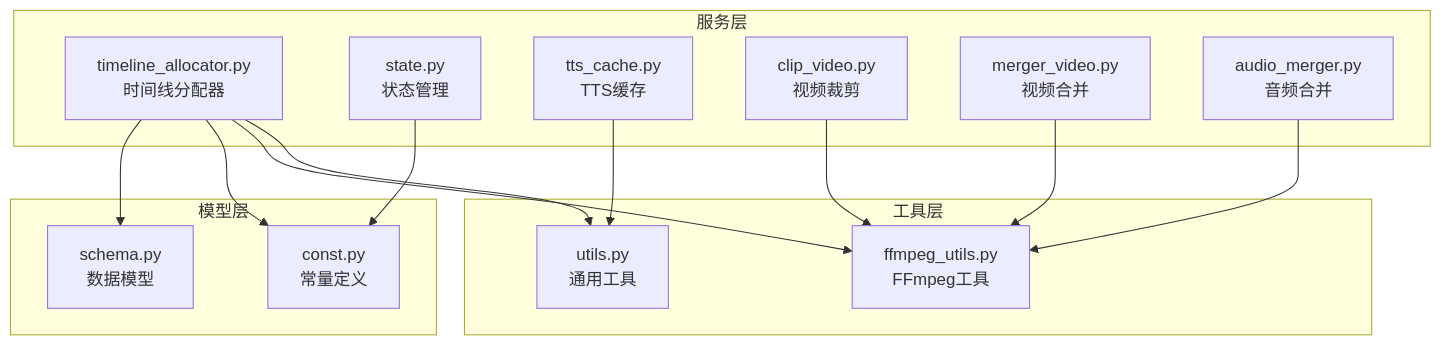
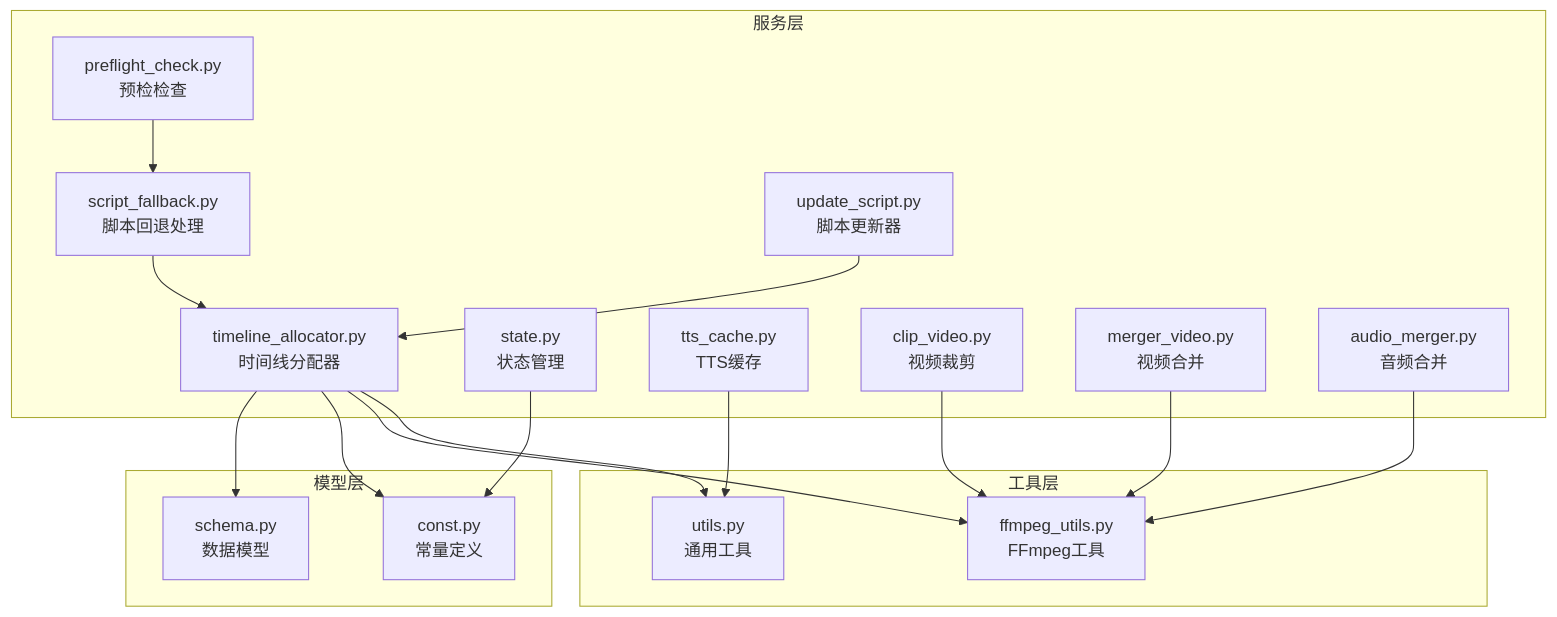
The first of 12 diagrams in .qoder/repowiki/zh/content/核心功能/视频处理服务/时间线分配器.md (wowoduang/AIVideoClaude), drawn with Mermaid before and after one commit. The commit also changed other lines of this file and 26 other files, not shown here.

````diff
--- a/.qoder/repowiki/zh/content/核心功能/视频处理服务/时间线分配器.md
+++ b/.qoder/repowiki/zh/content/核心功能/视频处理服务/时间线分配器.md
@@ -45,28 +58,34 @@
 ```mermaid
 graph TB
 subgraph "服务层"
 TA[timeline_allocator.py<br/>时间线分配器]
 TS[state.py<br/>状态管理]
 TC[tts_cache.py<br/>TTS缓存]
 CV[clip_video.py<br/>视频裁剪]
 MV[merger_video.py<br/>视频合并]
 AM[audio_merger.py<br/>音频合并]
+SF[script_fallback.py<br/>脚本回退处理]
+US[update_script.py<br/>脚本更新器]
+PC[preflight_check.py<br/>预检检查]
 end
 subgraph "模型层"
 SC[schema.py<br/>数据模型]
 CT[const.py<br/>常量定义]
 end
 subgraph "工具层"
 FU[ffmpeg_utils.py<br/>FFmpeg工具]
 UT[utils.py<br/>通用工具]
 end
 TA --> SC
 TA --> CT
 TA --> FU
 TA --> UT
 TS --> CT
 TC --> UT
 CV --> FU
 MV --> FU
 AM --> FU
+SF --> TA
+US --> TA
+PC --> SF
 ```
````
